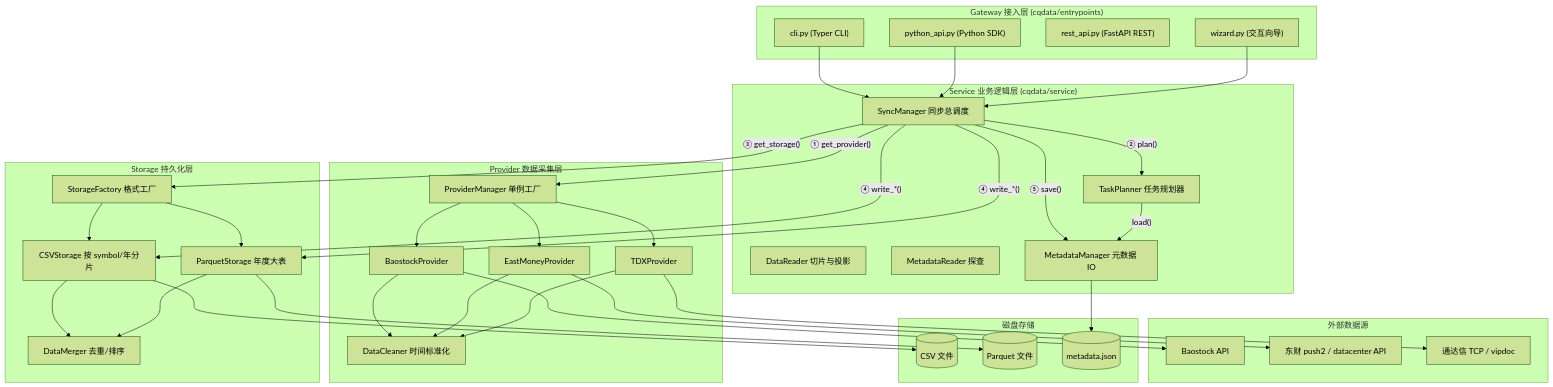
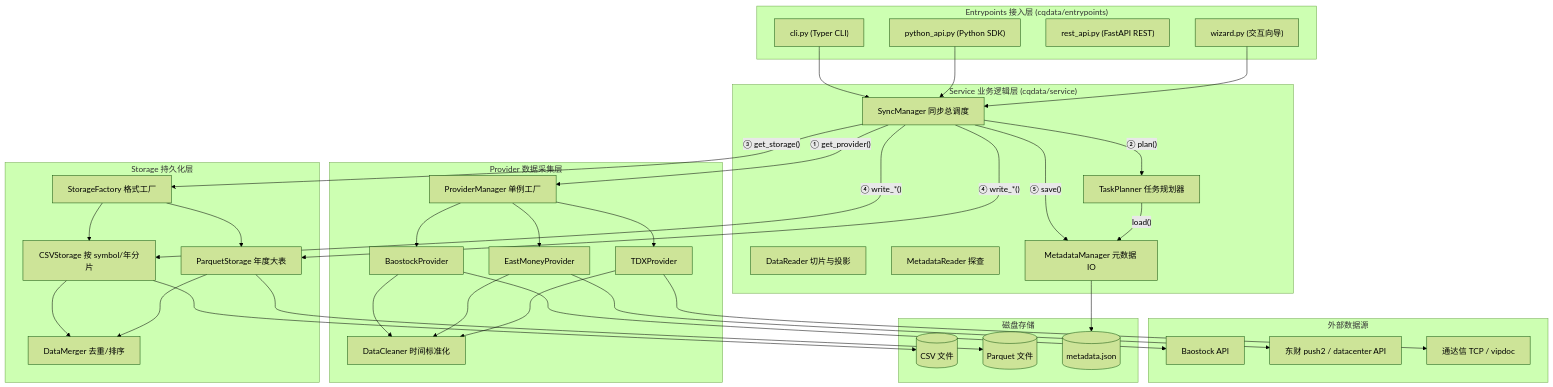
One commit to CRThu/CarrotQuant.Data changed the diagram in AGENTS.md. Above: the diagram before and after it, drawn with Mermaid (forest theme). The commit also changed other lines of this file and 11 other files, not shown here.

````diff
--- a/AGENTS.md
+++ b/AGENTS.md
@@ -44,68 +44,68 @@
 ```mermaid
 graph TB
-    subgraph Gateway["Gateway 接入层 (cqdata/entrypoints)"]
+    subgraph Entrypoints["Entrypoints 接入层 (cqdata/entrypoints)"]
         PYTHON_API["python_api.py (Python SDK)"]
         CLI["cli.py (Typer CLI)"]
         REST["rest_api.py (FastAPI REST)"]
         WIZARD["wizard.py (交互向导)"]
     end
 
     subgraph Service["Service 业务逻辑层 (cqdata/service)"]
         SM["SyncManager 同步总调度"]
         DR["DataReader 切片与投影"]
         MR["MetadataReader 探查"]
         TP["TaskPlanner 任务规划器"]
         MM["MetadataManager 元数据 IO"]
     end
 
     subgraph Provider["Provider 数据采集层"]
         PM["ProviderManager 单例工厂"]
         BP["BaostockProvider"]
         EP["EastMoneyProvider"]
         TP_DRV["TDXProvider"]
         DC["DataCleaner 时间标准化"]
     end
 
     subgraph Storage["Storage 持久化层"]
         SF["StorageFactory 格式工厂"]
         CSV["CSVStorage 按 symbol/年分片"]
         PQ["ParquetStorage 年度大表"]
         DM["DataMerger 去重/排序"]
     end
 
     subgraph External["外部数据源"]
         BAOSTOCK["Baostock API"]
         EASTMONEY["东财 push2 / datacenter API"]
         TDX["通达信 TCP / vipdoc"]
     end
 
     subgraph Disk["磁盘存储"]
         CSV_FILES[("CSV 文件")]
         PQ_FILES[("Parquet 文件")]
         META[("metadata.json")]
     end
 
     CLI --> SM
     PYTHON_API --> SM
     WIZARD --> SM
 
     SM -->|"① get_provider()"| PM
     SM -->|"② plan()"| TP
     SM -->|"③ get_storage()"| SF
     SM -->|"④ write_*()"| CSV
     SM -->|"④ write_*()"| PQ
     SM -->|"⑤ save()"| MM
 
     TP -->|"load()"| MM
     PM --> BP & EP & TP_DRV
     BP --> BAOSTOCK
     EP --> EASTMONEY
     TP_DRV --> TDX
     BP & EP & TP_DRV --> DC
 
     SF --> CSV & PQ
     CSV & PQ --> DM
     CSV --> CSV_FILES
     PQ --> PQ_FILES
     MM --> META
 ```
````
